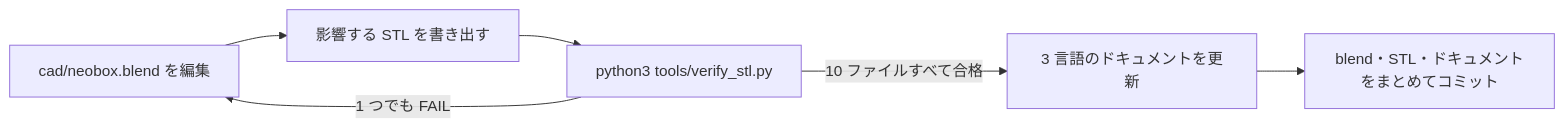
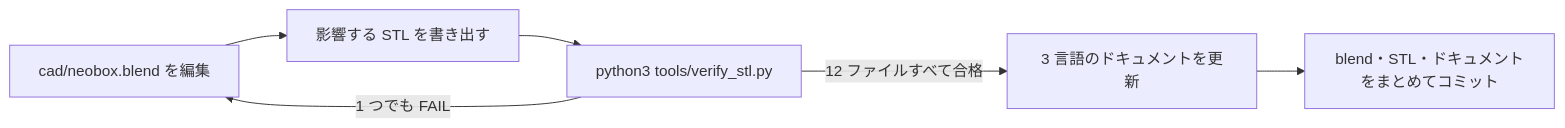
The diagram in docs/design.ja.md (Neoanaloglab/Neobox), drawn with Mermaid before and after one commit. The commit also changed other lines of this file and 44 other files, not shown here.

````diff
--- a/docs/design.ja.md
+++ b/docs/design.ja.md
@@ -384,8 +415,8 @@
 ```mermaid
 flowchart LR
   A[cad/neobox.blend を編集] --> B[影響する STL を書き出す]
   B --> C[python3 tools/verify_stl.py]
-  C -->|10 ファイルすべて合格| D[3 言語のドキュメントを更新]
+  C -->|12 ファイルすべて合格| D[3 言語のドキュメントを更新]
   C -->|1 つでも FAIL| A
   D --> E[blend・STL・ドキュメントをまとめてコミット]
 ```
````
